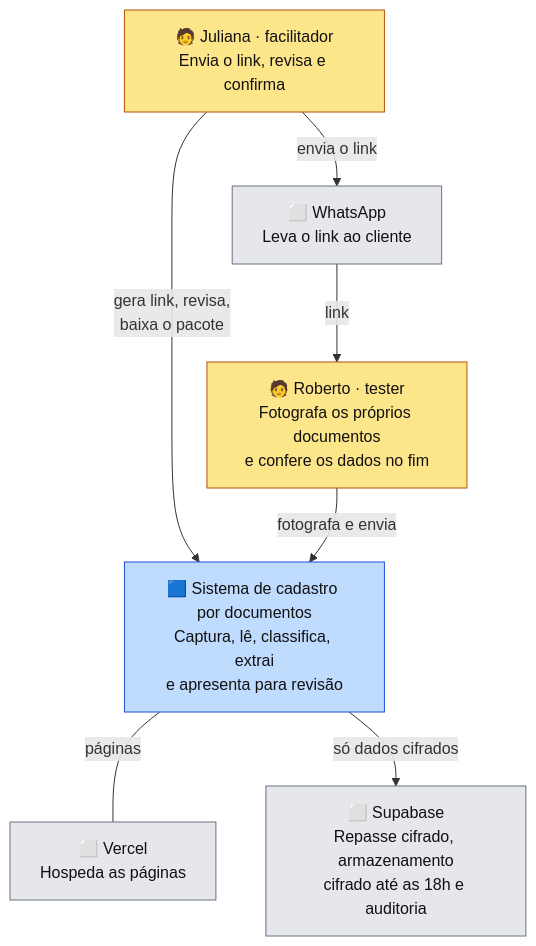
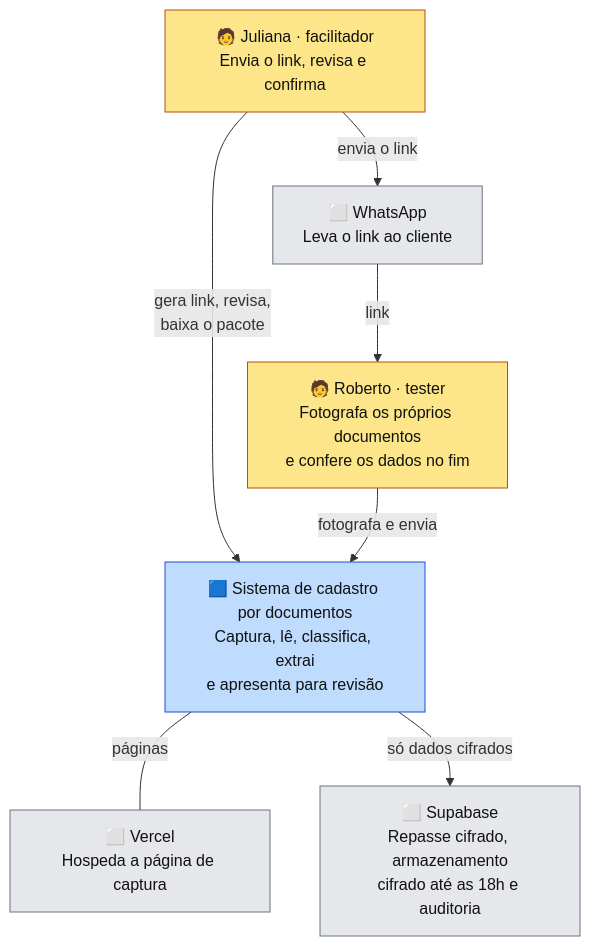
Before and after one commit to marcosvpantoja/extracao-dados-documentos: the first of 4 diagrams in docs/arquitetura/c4.md, drawn with Mermaid. The commit also changed other lines of this file and 15 other files, not shown here.

````diff
--- a/docs/arquitetura/c4.md
+++ b/docs/arquitetura/c4.md
@@ -18,25 +18,25 @@
 ```mermaid
 flowchart TB
     JUL["🧑 Juliana · facilitador<br/>Envia o link, revisa e confirma"]
     ROB["🧑 Roberto · tester<br/>Fotografa os próprios documentos<br/>e confere os dados no fim"]
 
     SIS["🟦 Sistema de cadastro por documentos<br/>Captura, lê, classifica, extrai<br/>e apresenta para revisão"]
 
     WPP["⬜ WhatsApp<br/>Leva o link ao cliente"]
-    VER["⬜ Vercel<br/>Hospeda as páginas"]
+    VER["⬜ Vercel<br/>Hospeda a página de captura"]
     SUP["⬜ Supabase<br/>Repasse cifrado, armazenamento<br/>cifrado até as 18h e auditoria"]
 
     JUL -- "gera link, revisa,<br/>baixa o pacote" --> SIS
     JUL -- "envia o link" --> WPP
     WPP -- "link" --> ROB
     ROB -- "fotografa e envia" --> SIS
     SIS -- "páginas" --- VER
     SIS -- "só dados cifrados" --> SUP
 
     classDef pessoa fill:#fde68a,stroke:#b45309,color:#111
     classDef sistema fill:#bfdbfe,stroke:#1d4ed8,color:#111
     classDef externo fill:#e5e7eb,stroke:#6b7280,color:#111
     class JUL,ROB pessoa
     class SIS sistema
     class WPP,VER,SUP externo
 ```
````
